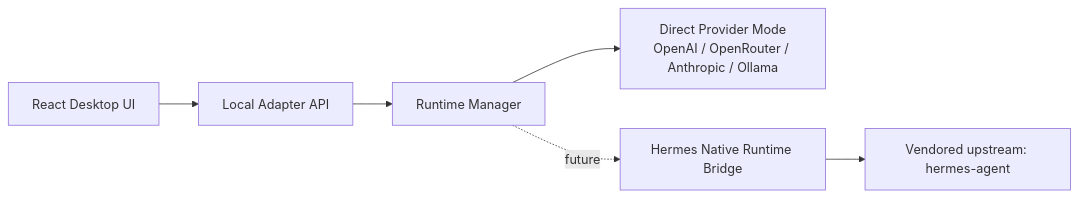
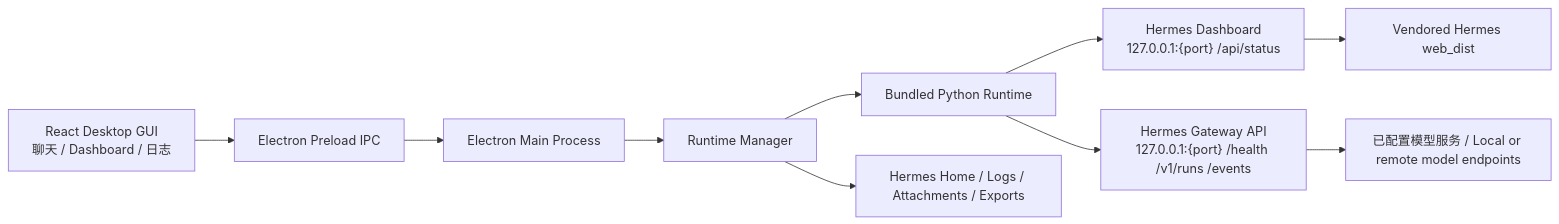
One commit to laolaoshiren/hermes-agent-desktop changed the diagram in README.md. Above: the diagram before and after it, drawn with Mermaid. The commit also changed other lines of this file and 27 other files, not shown here.

Commit message:
feat: ship real hermes sidecar desktop console

````diff
--- a/README.md
+++ b/README.md
@@ -111,8 +51,12 @@
 ```mermaid
 flowchart LR
-    A["React Desktop UI"] --> B["Local Adapter API"]
-    B --> C["Runtime Manager"]
-    C --> D["Direct Provider Mode<br/>OpenAI / OpenRouter / Anthropic / Ollama"]
-    C -. future .-> E["Hermes Native Runtime Bridge"]
-    E --> F["Vendored upstream: hermes-agent"]
+    A["React Desktop GUI<br/>聊天 / Dashboard / 日志"] --> B["Electron Preload IPC"]
+    B --> C["Electron Main Process"]
+    C --> D["Runtime Manager"]
+    D --> E["Bundled Python Runtime"]
+    E --> F["Hermes Dashboard<br/>127.0.0.1:{port} /api/status"]
+    E --> G["Hermes Gateway API<br/>127.0.0.1:{port} /health /v1/runs /events"]
+    F --> H["Vendored Hermes web_dist"]
+    G --> I["已配置模型服务 / Local or remote model endpoints"]
+    D --> J["Hermes Home / Logs / Attachments / Exports"]
 ```
````
